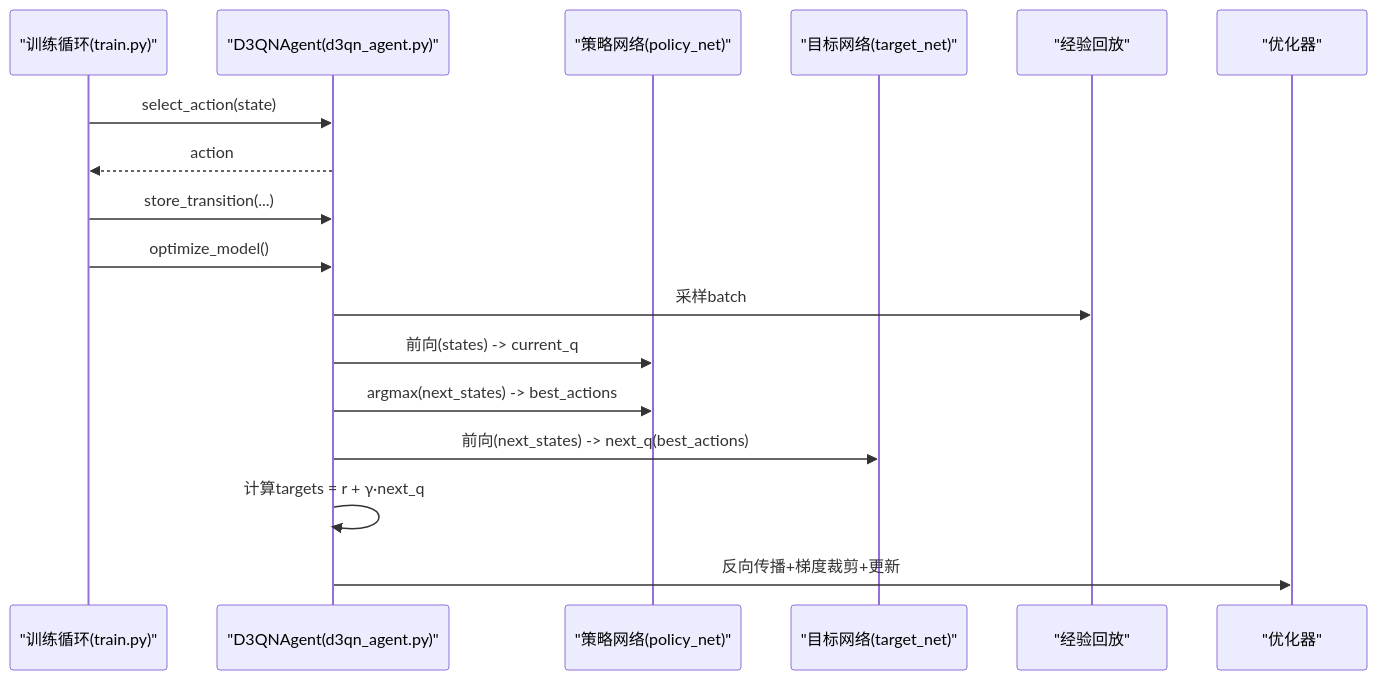
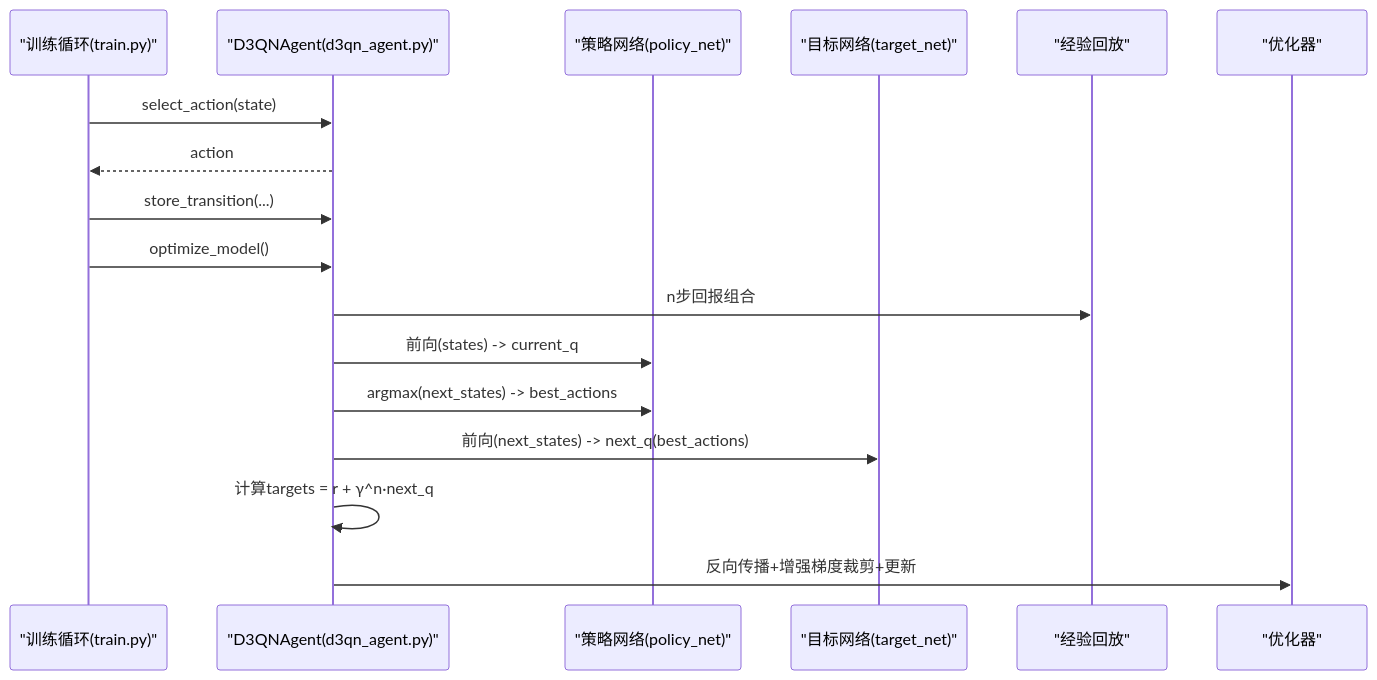
One commit to fuweiq94-cloud/3399180760000 changed the second of 5 diagrams in .qoder/repowiki/zh/content/D3QN算法实现/D3QN算法实现.md. Above: the diagram before and after it, drawn with Mermaid. The commit also changed other lines of this file and 75 other files, not shown here.

````diff
--- a/.qoder/repowiki/zh/content/D3QN算法实现/D3QN算法实现.md
+++ b/.qoder/repowiki/zh/content/D3QN算法实现/D3QN算法实现.md
@@ -78,19 +88,19 @@
 ```mermaid
 sequenceDiagram
 participant T as "训练循环(train.py)"
 participant A as "D3QNAgent(d3qn_agent.py)"
 participant P as "策略网络(policy_net)"
 participant G as "目标网络(target_net)"
 participant M as "经验回放"
 participant O as "优化器"
 T->>A : select_action(state)
 A-->>T : action
 T->>A : store_transition(...)
 T->>A : optimize_model()
-A->>M : 采样batch
+A->>M : n步回报组合
 A->>P : 前向(states) -> current_q
 A->>P : argmax(next_states) -> best_actions
 A->>G : 前向(next_states) -> next_q(best_actions)
-A->>A : 计算targets = r + γ·next_q
-A->>O : 反向传播+梯度裁剪+更新
+A->>A : 计算targets = r + γ^n·next_q
+A->>O : 反向传播+增强梯度裁剪+更新
 ```
````
